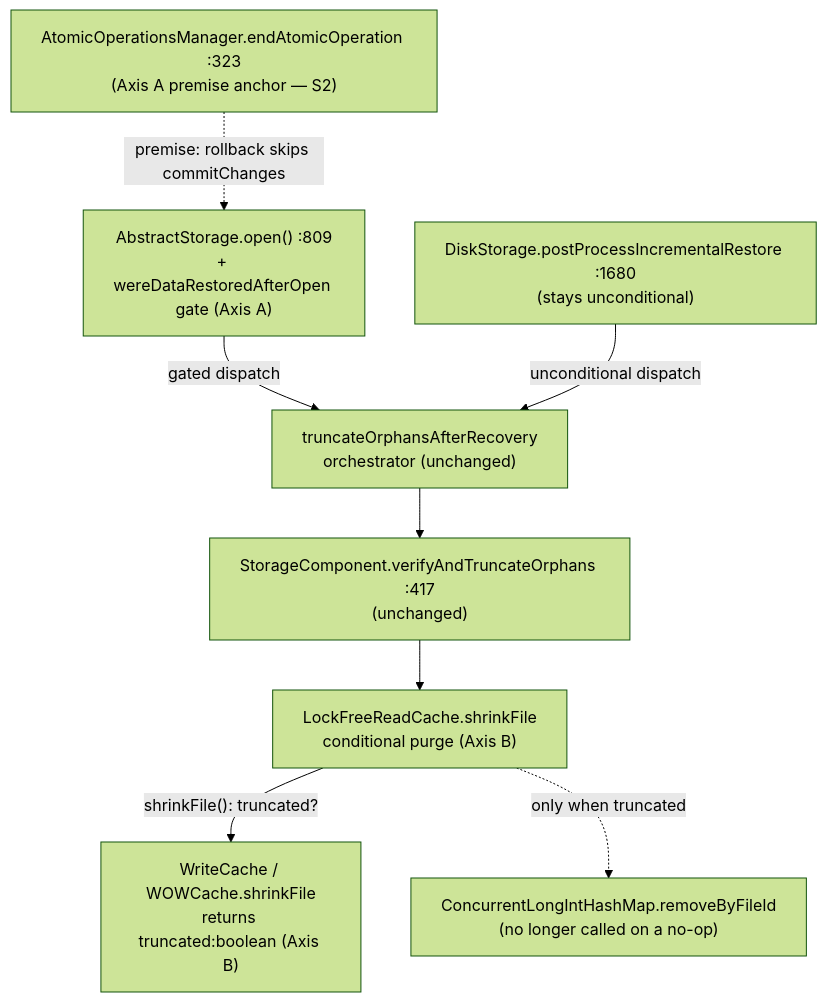
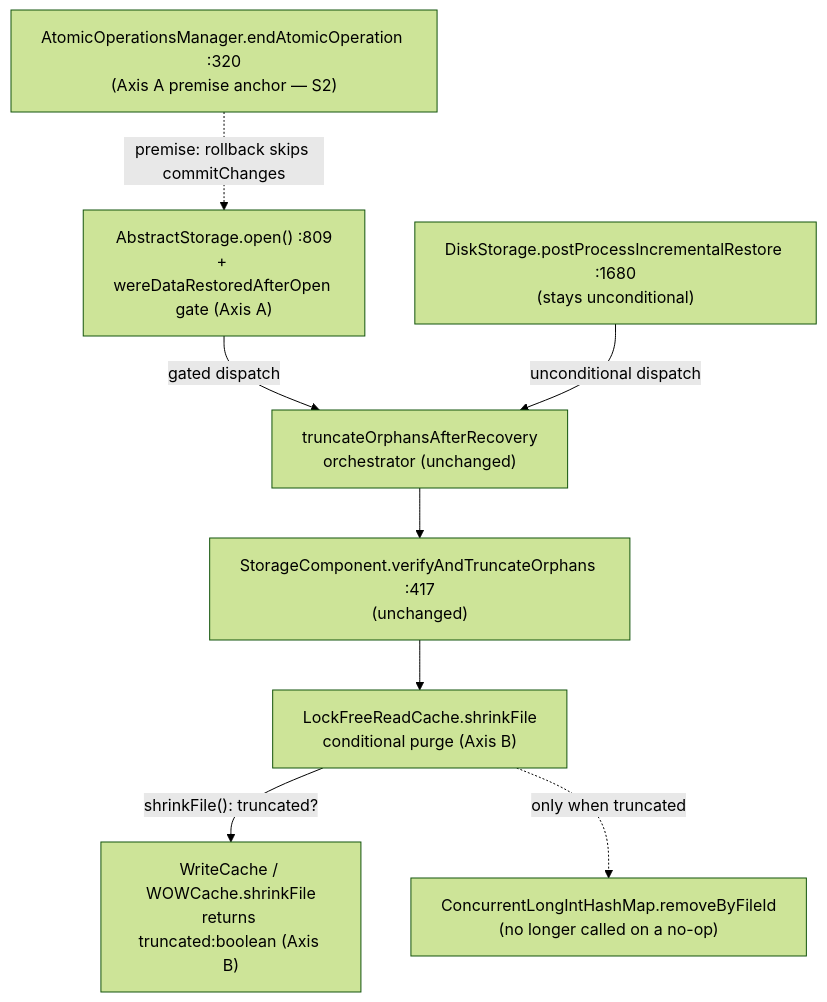
The diagram in docs/adr/ytdb-1039-open-sepedup/_workflow/implementation-plan.md (JetBrains/youtrackdb), drawn with Mermaid (forest theme) before and after one commit. The commit also changed other lines of this file and 4 other files, not shown here.

````diff
--- a/docs/adr/ytdb-1039-open-sepedup/_workflow/implementation-plan.md
+++ b/docs/adr/ytdb-1039-open-sepedup/_workflow/implementation-plan.md
@@ -57,19 +57,19 @@
 ```mermaid
 flowchart TD
     OPEN["AbstractStorage.open() :809\n+ wereDataRestoredAfterOpen gate (Axis A)"]
     PPIR["DiskStorage.postProcessIncrementalRestore :1680\n(stays unconditional)"]
     PASS["truncateOrphansAfterRecovery\norchestrator (unchanged)"]
     VTO["StorageComponent.verifyAndTruncateOrphans :417\n(unchanged)"]
     LFRC["LockFreeReadCache.shrinkFile\nconditional purge (Axis B)"]
     WOW["WriteCache / WOWCache.shrinkFile\nreturns truncated:boolean (Axis B)"]
     CLIHM["ConcurrentLongIntHashMap.removeByFileId\n(no longer called on a no-op)"]
-    EAO["AtomicOperationsManager.endAtomicOperation :323\n(Axis A premise anchor — S2)"]
+    EAO["AtomicOperationsManager.endAtomicOperation :320\n(Axis A premise anchor — S2)"]
 
     OPEN -->|gated dispatch| PASS
     PPIR -->|unconditional dispatch| PASS
     PASS --> VTO
     VTO --> LFRC
     LFRC -->|"shrinkFile(): truncated?"| WOW
     LFRC -.->|only when truncated| CLIHM
     EAO -.->|"premise: rollback skips commitChanges"| OPEN
 ```
````
